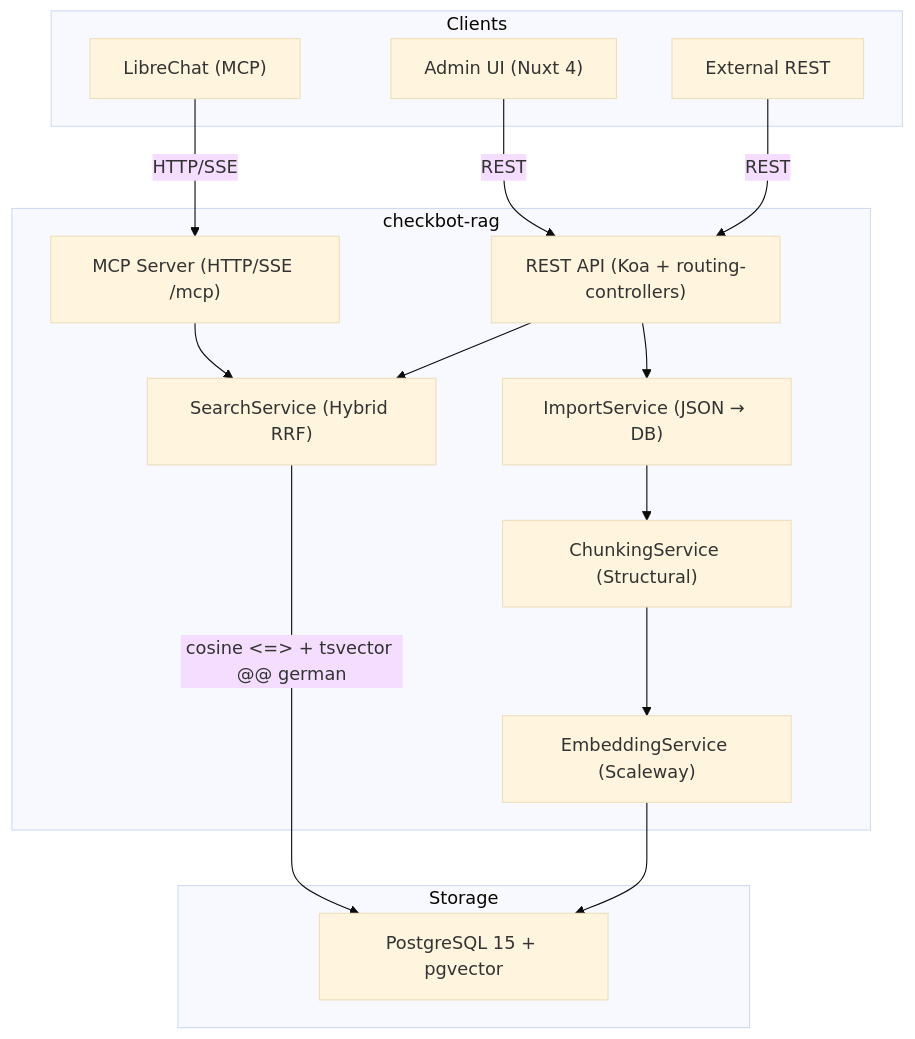
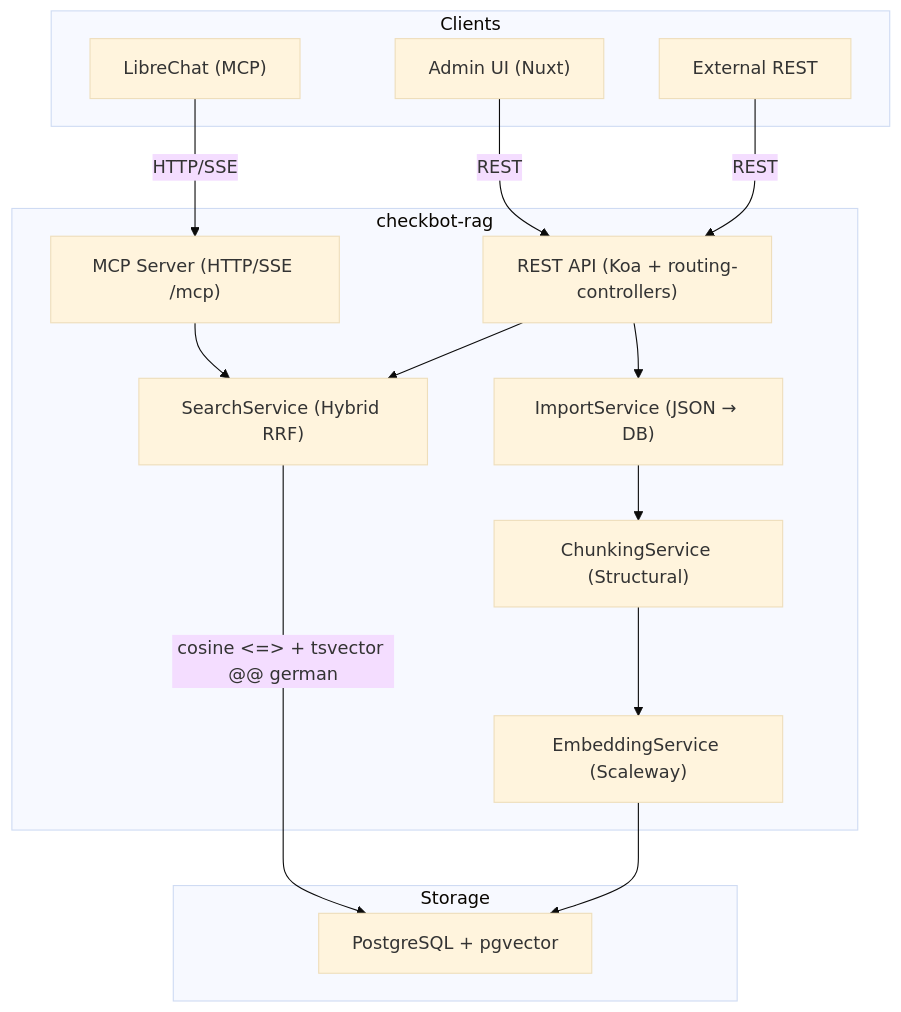
The diagram in README.md (faktenforum/checkbot-rag), drawn with Mermaid (base theme) before and after one commit. The commit also changed other lines of this file and 5 other files, not shown here.

````diff
--- a/README.md
+++ b/README.md
@@ -7,30 +29,30 @@
 ```mermaid
 graph TB
   subgraph clients [Clients]
     LibreChat["LibreChat (MCP)"]
-    AdminUI["Admin UI (Nuxt 4)"]
+    AdminUI["Admin UI (Nuxt)"]
     ExtAPI["External REST"]
   end
 
   subgraph service [checkbot-rag]
     MCP["MCP Server (HTTP/SSE /mcp)"]
     REST["REST API (Koa + routing-controllers)"]
     SearchSvc["SearchService (Hybrid RRF)"]
     EmbedSvc["EmbeddingService (Scaleway)"]
     ChunkSvc["ChunkingService (Structural)"]
     ImportSvc["ImportService (JSON → DB)"]
   end
 
   subgraph storage [Storage]
-    PG["PostgreSQL 15 + pgvector"]
+    PG["PostgreSQL + pgvector"]
   end
 
   LibreChat -->|"HTTP/SSE"| MCP
   AdminUI -->|"REST"| REST
   ExtAPI -->|"REST"| REST
   MCP --> SearchSvc
   REST --> SearchSvc
   REST --> ImportSvc
   ImportSvc --> ChunkSvc --> EmbedSvc --> PG
   SearchSvc -->|"cosine <=> + tsvector @@ german"| PG
 ```
````
